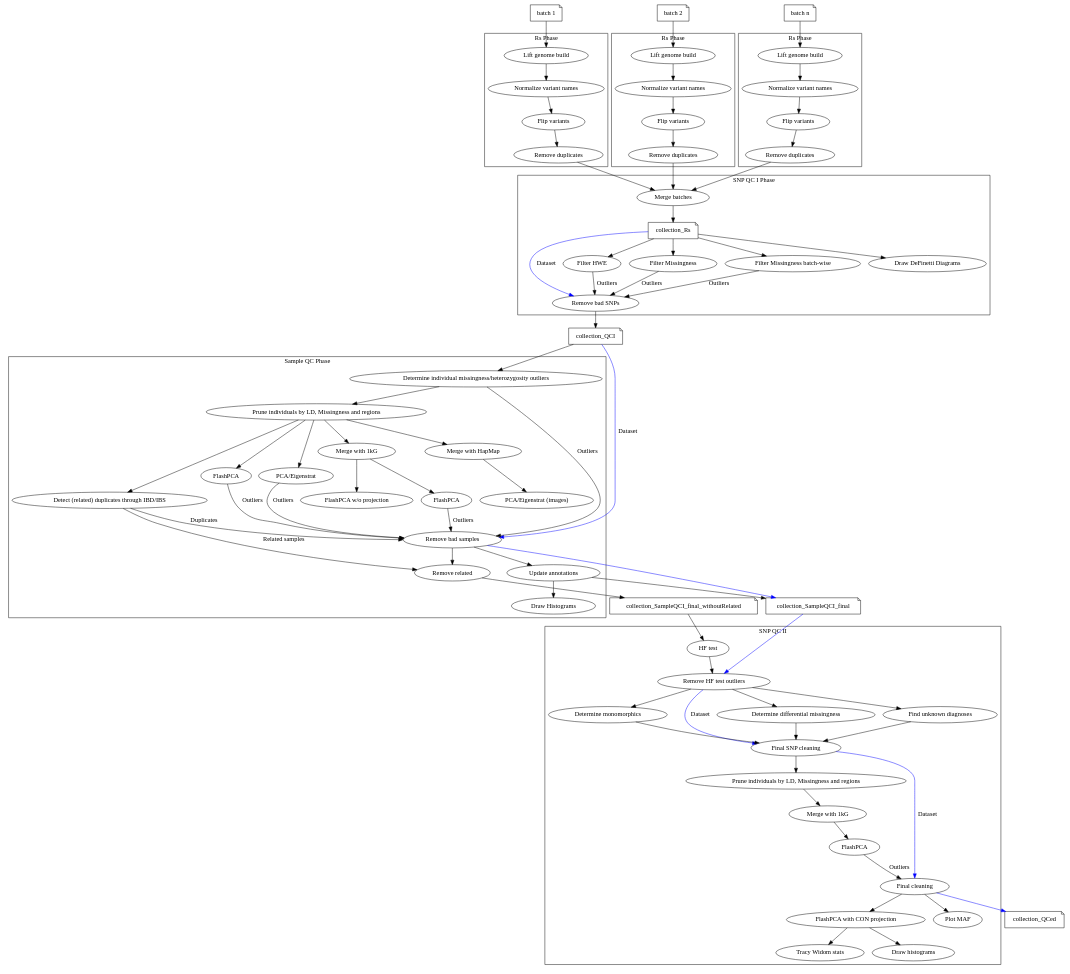
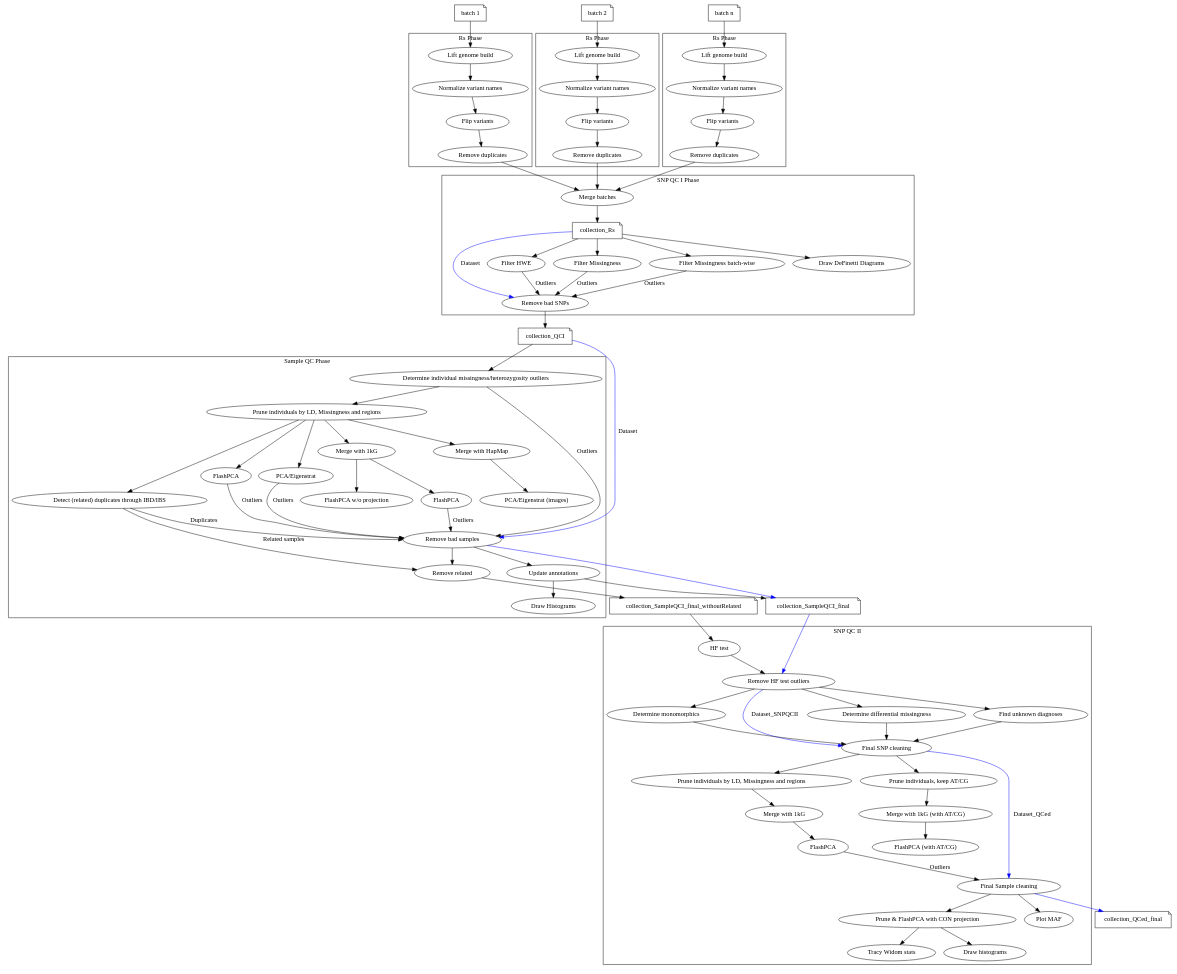
One commit to ikmb/gwas-qc changed the diagram in qc-graph.dot. Above: the diagram before and after it, drawn with Graphviz. The commit also changed 1 other file, not shown here.

```diff
--- a/qc-graph.dot
+++ b/qc-graph.dot
@@ -1,170 +1,173 @@
 digraph {
   {
     # dataset names
     node [shape=note]
     batch1 [label="batch 1"]
     batch2 [label="batch 2"]
     batchn [label="batch n"]
 
     after_QCI_merge [label="collection_Rs"];
     after_QCI [label="collection_QCI"];
 
     SampleQC_final [label="collection_SampleQCI_final"];
     SampleQC_final_wr [label="collection_SampleQCI_final_withoutRelated"];
 
-    final [label="collection_QCed"];
+    final [label="collection_QCed_final"];
     
   }
 
   {
     # process names
     rs_clean_namesa [label="Lift genome build"]
     rs_norm_variantsa [label="Normalize variant names"]
     rs_flipa [label="Flip variants"]
     rs_duplicatesa [label="Remove duplicates"]
     
     rs_clean_namesb [label="Lift genome build"]
     rs_norm_variantsb [label="Normalize variant names"]
     rs_flipb [label="Flip variants"]
     rs_duplicatesb [label="Remove duplicates"]
     
     rs_clean_namesc [label="Lift genome build"]
     rs_norm_variantsc [label="Normalize variant names"]
     rs_flipc [label="Flip variants"]
     rs_duplicatesc [label="Remove duplicates"]
   }
 
 
   subgraph cluster_1 {
     rs_clean_namesa -> rs_norm_variantsa -> rs_flipa -> rs_duplicatesa;
     label="Rs Phase";
   }
 
   subgraph cluster_2 {
     rs_clean_namesb -> rs_norm_variantsb -> rs_flipb -> rs_duplicatesb;
     label="Rs Phase";
   }
 
   subgraph cluster_3 {
     rs_clean_namesc -> rs_norm_variantsc -> rs_flipc -> rs_duplicatesc;
     label="Rs Phase";
   }
 
   batch1 -> rs_clean_namesa;
   rs_duplicatesa -> "Merge batches";
 
   batch2 -> rs_clean_namesb;
   rs_duplicatesb  -> "Merge batches";
 
   batchn -> rs_clean_namesc;
   rs_duplicatesc  -> "Merge batches";
 
 
   subgraph cluster_snpqci {
     color=black;
     node [style=filled,color=white];
     label="SNP QC I Phase";
 
     node [style=ellipse,color=black];
 
     snpqci_remove[label="Remove bad SNPs"];
 
     "Merge batches" -> after_QCI_merge;
     after_QCI_merge -> {"Filter HWE" "Filter Missingness" "Filter Missingness batch-wise" "Draw DeFinetti Diagrams"};
 
     "Filter HWE" -> snpqci_remove [label="Outliers"];
     "Filter Missingness" -> snpqci_remove [label="Outliers"];
     "Filter Missingness batch-wise" -> snpqci_remove [label="Outliers"];
     after_QCI_merge -> snpqci_remove [color=blue,label="Dataset"];
 
   }
 
   subgraph cluster_sampleqci {
     label="Sample QC Phase";
 
     sampleqci_miss_het [label="Determine individual missingness/heterozygosity outliers"];
 
     sampleqci_miss_het -> prune;
 
     prune [label="Prune individuals by LD, Missingness and regions"];
     pca_eigen1 [label="PCA/Eigenstrat (images)"];
     pca_eigen2 [label="PCA/Eigenstrat"];
     sampleqc_remove_bad [label="Remove bad samples"];
     pca_flash1 [label="FlashPCA"];
 
     prune -> "Detect (related) duplicates through IBD/IBS";
     "Detect (related) duplicates through IBD/IBS" -> sampleqc_remove_bad [label="Duplicates"];
 
     prune -> "Merge with HapMap" -> pca_eigen1;
     prune -> "Merge with 1kG" -> pca_flash1;
     pca_flash1 -> sampleqc_remove_bad [label="Outliers"];
 
     prune -> pca_eigen2;
     pca_eigen2 -> sampleqc_remove_bad [label="Outliers"];
     prune -> FlashPCA;
     FlashPCA -> sampleqc_remove_bad [label="Outliers"];
     sampleqci_miss_het -> sampleqc_remove_bad [label="Outliers"];
 
     sampleqc_remove_bad -> "Update annotations" -> "Draw Histograms";
 
     "Merge with 1kG" -> "FlashPCA w/o projection";
 
     sampleqc_remove_bad -> "Remove related";
     
     "Detect (related) duplicates through IBD/IBS" -> "Remove related" [label="Related samples"];
     
   }
 
   snpqci_remove -> after_QCI;
   after_QCI-> sampleqci_miss_het;
   after_QCI -> sampleqc_remove_bad [color=blue, label="Dataset"];
 
   "Update annotations" -> SampleQC_final;
   
   "Remove related" -> SampleQC_final_wr;
   SampleQC_final_wr -> "HF test";
   
   sampleqc_remove_bad -> SampleQC_final [color=blue];
 
 
   subgraph cluster_snpqcii {
     label="SNP QC II";
     "HF test";
     qc2_prune [label="Prune individuals by LD, Missingness and regions"];
+    qc2_prune_atcg [label="Prune individuals, keep AT/CG"];
     qc2_merge_1kg [label="Merge with 1kG"];
+    qc2_merge_1kg_atcg [label="Merge with 1kG (with AT/CG)"];
     qc2_1kg_flashpca [label="FlashPCA"];
+    qc2_1kg_flashpca_atcg [label="FlashPCA (with AT/CG)"];
 
     # SampleQC_final -> qc2_prune;
     "HF test" -> "Remove HF test outliers";
     #-> qc2_prune [label="Outliers"];
     qc2_prune -> qc2_merge_1kg -> qc2_1kg_flashpca;
-    qc2_1kg_flashpca -> "Final cleaning" [label="Outliers"];
+    qc2_prune_atcg -> qc2_merge_1kg_atcg -> qc2_1kg_flashpca_atcg;
+    qc2_1kg_flashpca -> "Final Sample cleaning" [label="Outliers"];
     
-
-#    qc2_flashpca_prune -> qc2_tracy_widom;
 
     "Remove HF test outliers" -> "Determine monomorphics" -> "Final SNP cleaning";
     "Remove HF test outliers" -> "Determine differential missingness" -> "Final SNP cleaning";
     "Remove HF test outliers" -> "Find unknown diagnoses" -> "Final SNP cleaning";
 
-    "Remove HF test outliers" -> "Final SNP cleaning" [color="blue", label="Dataset"];
+    "Remove HF test outliers" -> "Final SNP cleaning" [color="blue", label="Dataset_SNPQCII"];
     "Final SNP cleaning" -> qc2_prune;
-    "Final SNP cleaning" -> "Final cleaning" [color="blue", label="Dataset"];
+    "Final SNP cleaning" -> qc2_prune_atcg;
+    "Final SNP cleaning" -> "Final Sample cleaning" [color="blue", label="Dataset_QCed"];
 
-    qc2_final_flashpca [label="FlashPCA with CON projection"];
+    qc2_final_flashpca [label="Prune & FlashPCA with CON projection"];
     qc2_final_tw [label="Tracy Widom stats"];
     qc2_final_histos [label="Draw histograms"];
     
-    "Final cleaning" -> "Plot MAF";
-    "Final cleaning" -> qc2_final_flashpca;
+    "Final Sample cleaning" -> "Plot MAF";
+    "Final Sample cleaning" -> qc2_final_flashpca;
     qc2_final_flashpca -> qc2_final_tw;
     qc2_final_flashpca -> qc2_final_histos;
     
   }
 
   SampleQC_final -> "Remove HF test outliers" [color=blue];
 
-  "Final cleaning" -> final [color="blue"];
+  "Final Sample cleaning" -> final [color="blue"];
   
   
 }
```
